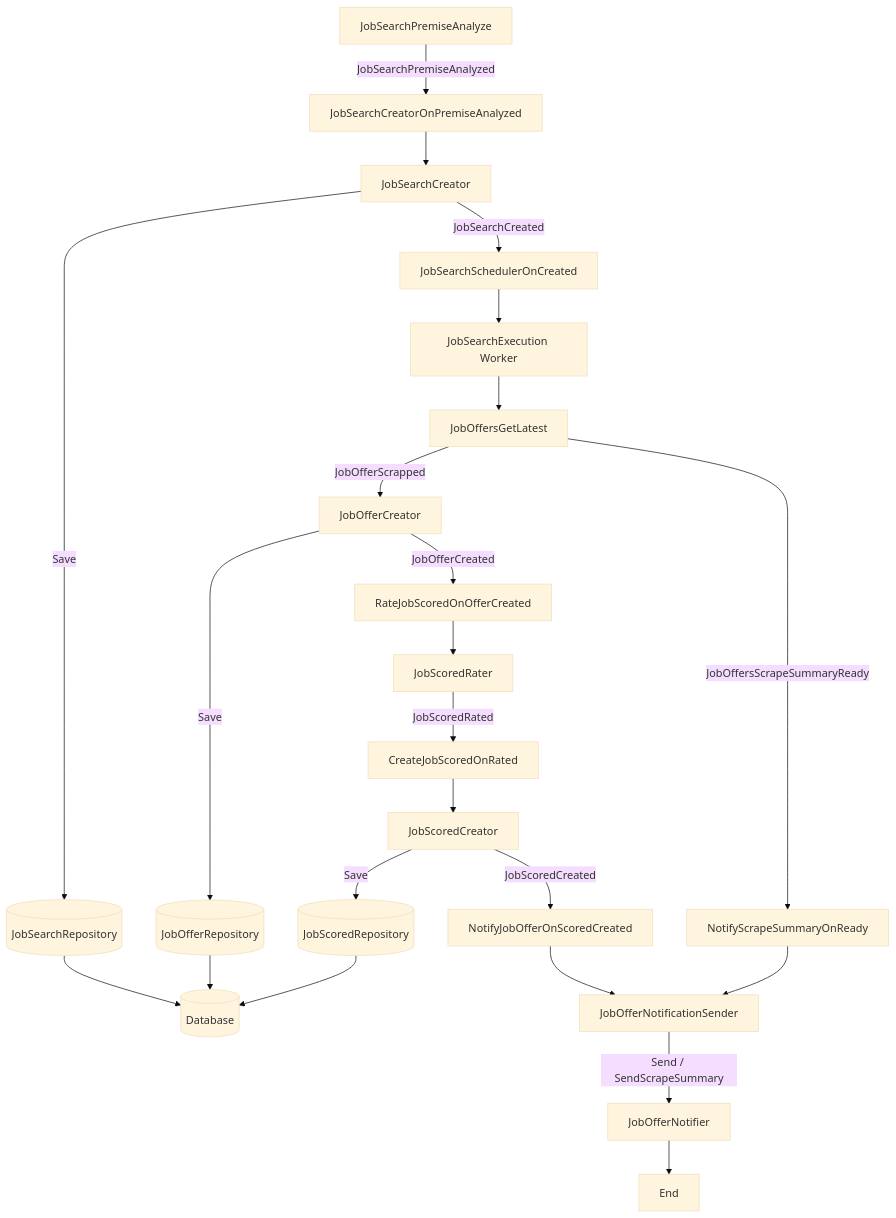
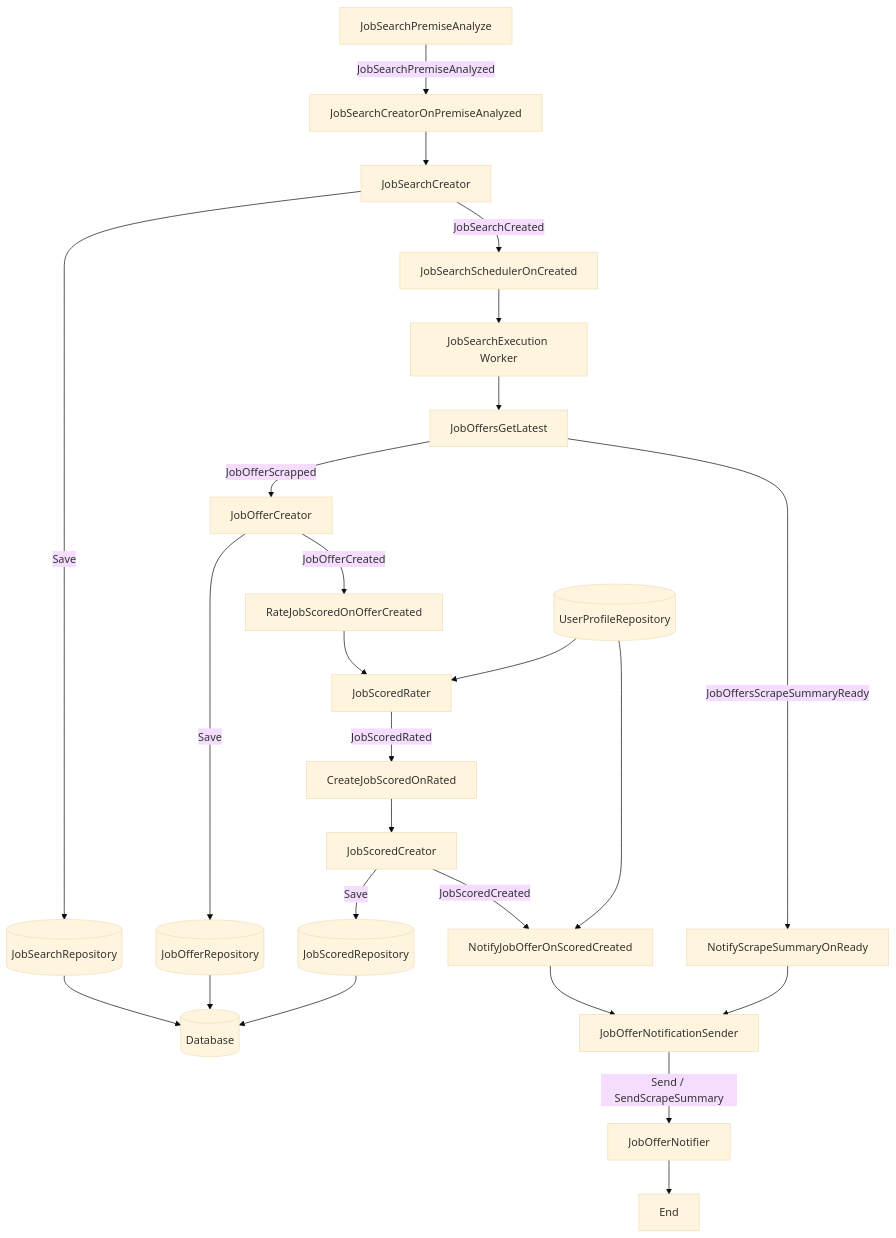
Before and after one commit to aperezgdev/job-finder-ai: the diagram in docs/event-flow.md, drawn with Mermaid (base theme). The commit also changed other lines of this file and 109 other files, not shown here.

````diff
--- a/docs/event-flow.md
+++ b/docs/event-flow.md
@@ -5,25 +5,27 @@
 ```mermaid
 flowchart TD
 	C[JobSearchPremiseAnalyze] -->|JobSearchPremiseAnalyzed| S[JobSearchCreatorOnPremiseAnalyzed]
 	S --> JC[JobSearchCreator]
 	JC -->|Save| JR[(JobSearchRepository)]
 	JR --> DB[(Database)]
 	JC -->|JobSearchCreated| SCH[JobSearchSchedulerOnCreated]
 	SCH --> EXE[JobSearchExecution Worker]
 	EXE --> JGL[JobOffersGetLatest]
 	JGL -->|JobOfferScrapped| JOC[JobOfferCreator]
 	JOC -->|Save| JOR[(JobOfferRepository)]
 	JOR --> DB
 	JOC -->|JobOfferCreated| JSR[RateJobScoredOnOfferCreated]
 	JSR --> JSRUC[JobScoredRater]
+	UP[(UserProfileRepository)] --> JSRUC
 	JSRUC -->|JobScoredRated| JSC[CreateJobScoredOnRated]
 	JSC --> JSCUC[JobScoredCreator]
 	JSCUC -->|Save| JSCR[(JobScoredRepository)]
 	JSCR --> DB
 	JSCUC -->|JobScoredCreated| JON[NotifyJobOfferOnScoredCreated]
+	UP --> JON
 	JON --> JONUC[JobOfferNotificationSender]
 	JGL -->|JobOffersScrapeSummaryReady| NSR[NotifyScrapeSummaryOnReady]
 	NSR --> JONUC
 	JONUC -->|Send / SendScrapeSummary| JONI[JobOfferNotifier]
 	JONI --> END[End]
 ```
````
